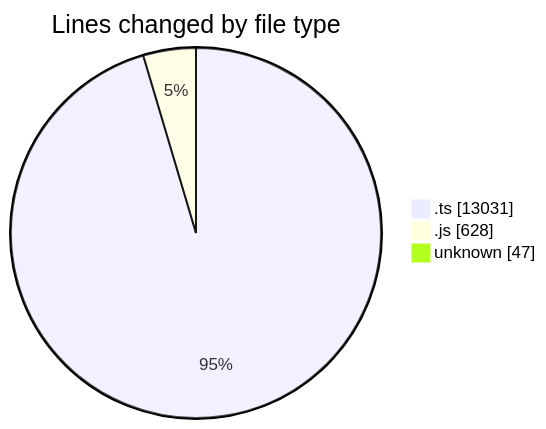
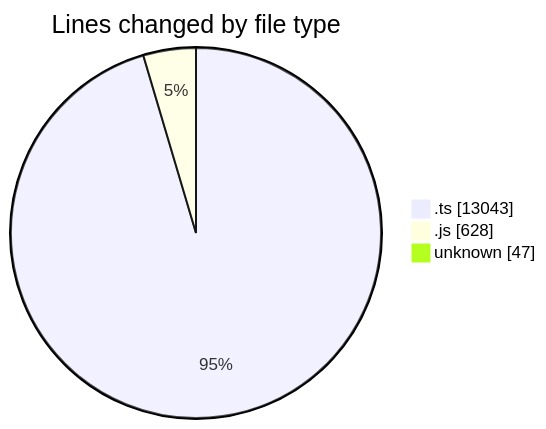
Before and after one commit to momahboobian/code-tracking: the first of 2 diagrams in 2025-09-05/cda/README.md, drawn with Mermaid. The commit also changed other lines of this file and 1 other file, not shown here.

````diff
--- a/2025-09-05/cda/README.md
+++ b/2025-09-05/cda/README.md
@@ -27,7 +27,7 @@
 ```mermaid
 pie showData
 title Lines changed by file type
-".ts" : 13031
+".ts" : 13043
 ".js" : 628
 "unknown" : 47
 ```
````
